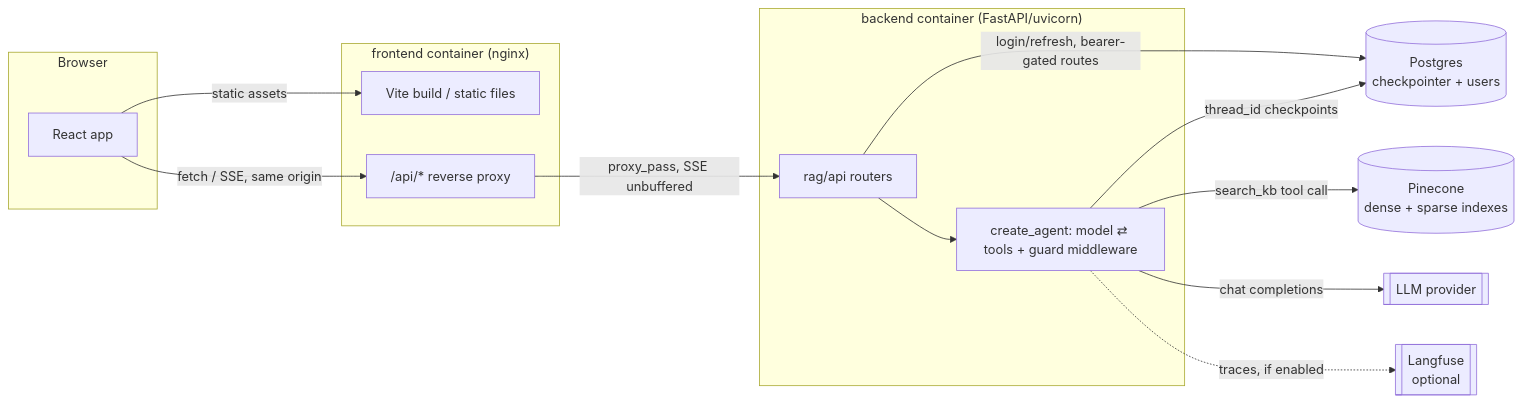
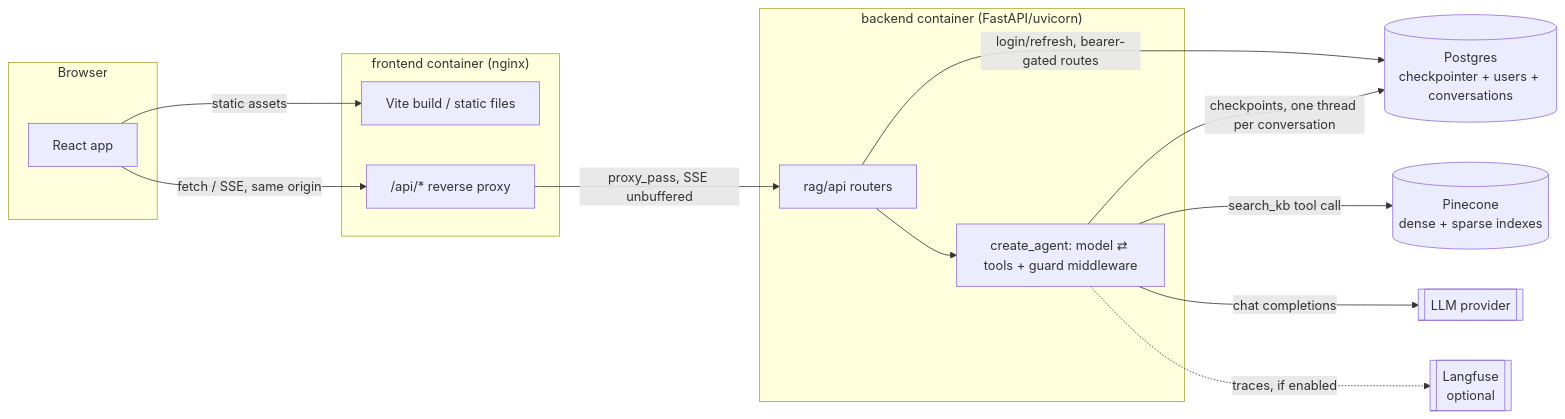
The first of 5 diagrams in docs/architecture.md (hadifar/rag), drawn with Mermaid before and after one commit. The commit also changed 39 other files, not shown here.

````diff
--- a/docs/architecture.md
+++ b/docs/architecture.md
@@ -9,31 +9,31 @@
 ```mermaid
 graph LR
     subgraph browser[Browser]
         ui[React app]
     end
 
     subgraph frontendc["frontend container (nginx)"]
         static[Vite build / static files]
         proxy["/api/* reverse proxy"]
     end
 
     subgraph backendc["backend container (FastAPI/uvicorn)"]
         api[rag/api routers]
         langgraph["create_agent: model ⇄ tools + guard middleware"]
     end
 
-    postgres[(Postgres<br/>checkpointer + users)]
+    postgres[(Postgres<br/>checkpointer + users + conversations)]
     pinecone[(Pinecone<br/>dense + sparse indexes)]
     llm[[LLM provider]]
     langfuse[[Langfuse<br/>optional]]
 
     ui -->|static assets| static
     ui -->|"fetch / SSE, same origin"| proxy
     proxy -->|"proxy_pass, SSE unbuffered"| api
     api -->|"login/refresh, bearer-gated routes"| postgres
     api --> langgraph
-    langgraph -->|thread_id checkpoints| postgres
+    langgraph -->|checkpoints, one thread per conversation| postgres
     langgraph -->|search_kb tool call| pinecone
     langgraph -->|chat completions| llm
     langgraph -.->|traces, if enabled| langfuse
 ```
````
